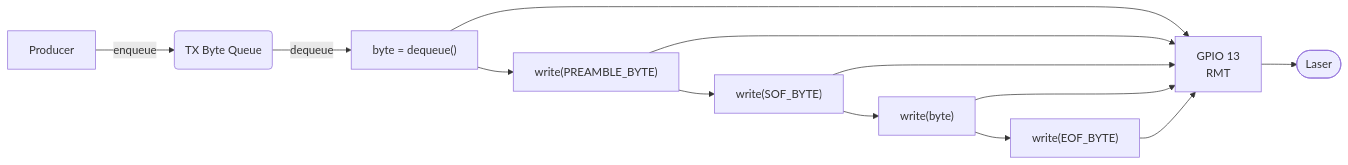
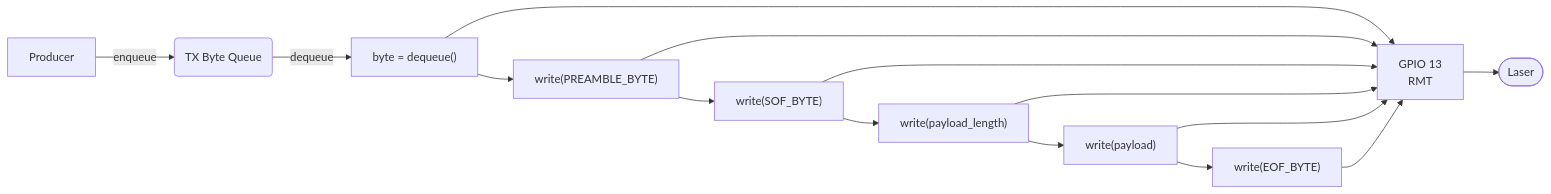
One commit to Yaremadzulynsky/laser_communication changed the first of 2 diagrams in README.md. Above: the diagram before and after it, drawn with Mermaid. The commit also changed other lines of this file, not shown here.

````diff
--- a/README.md
+++ b/README.md
@@ -87,13 +87,14 @@
 ```mermaid
 flowchart LR
     n13["TX Byte Queue"] -- dequeue --> n15["byte = dequeue()"]
     n14["GPIO 13<br>RMT"] --> n12(["Laser"])
     n15 --> n16["write(PREAMBLE_BYTE)"] & n14
     n16 --> n17["write(SOF_BYTE)"] & n14
-    n17 --> n18["write(byte)"] & n14
-    n18 --> n19["write(EOF_BYTE)"] & n14
-    n19 --> n14
-    n20["Producer"] -- enqueue --> n13
+    n17 --> n18["write(payload_length)"] & n14
+    n18 --> n19["write(payload)"] & n14
+    n19 --> n20["write(EOF_BYTE)"] & n14
+    n20 --> n14
+    n21["Producer"] -- enqueue --> n13
     n13@{ shape: rounded}
-    n20@{ shape: rect}
+    n21@{ shape: rect}
 ```
````
